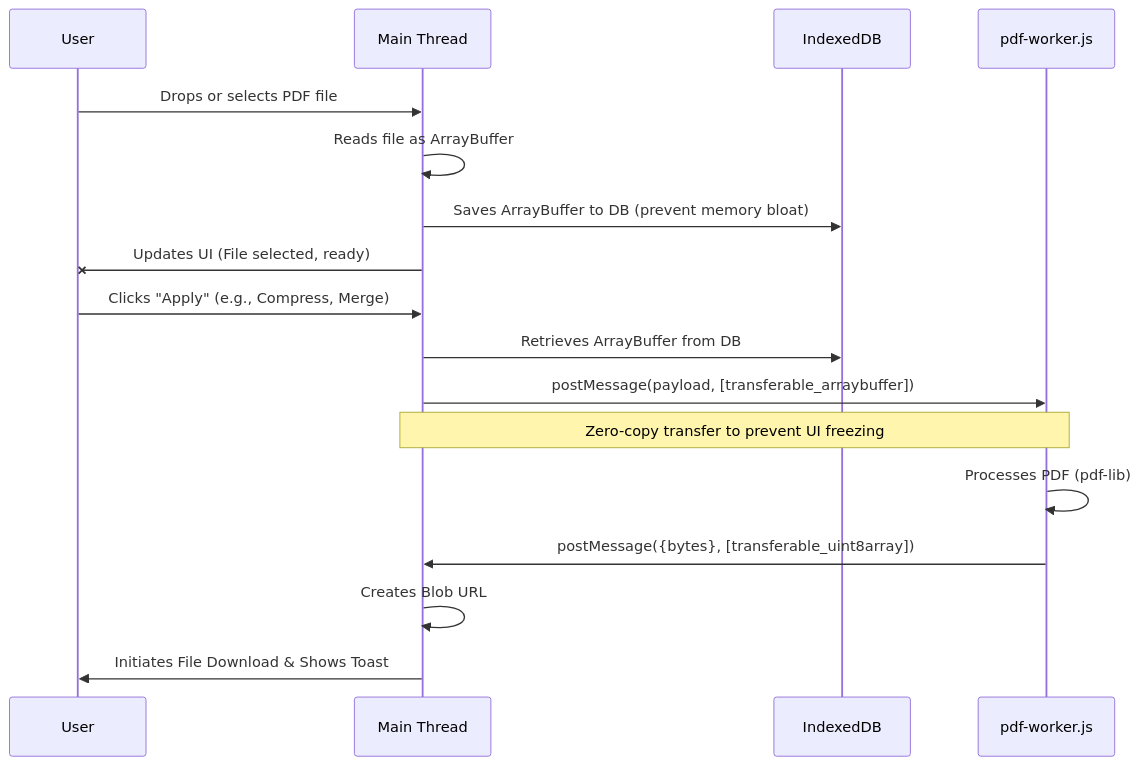
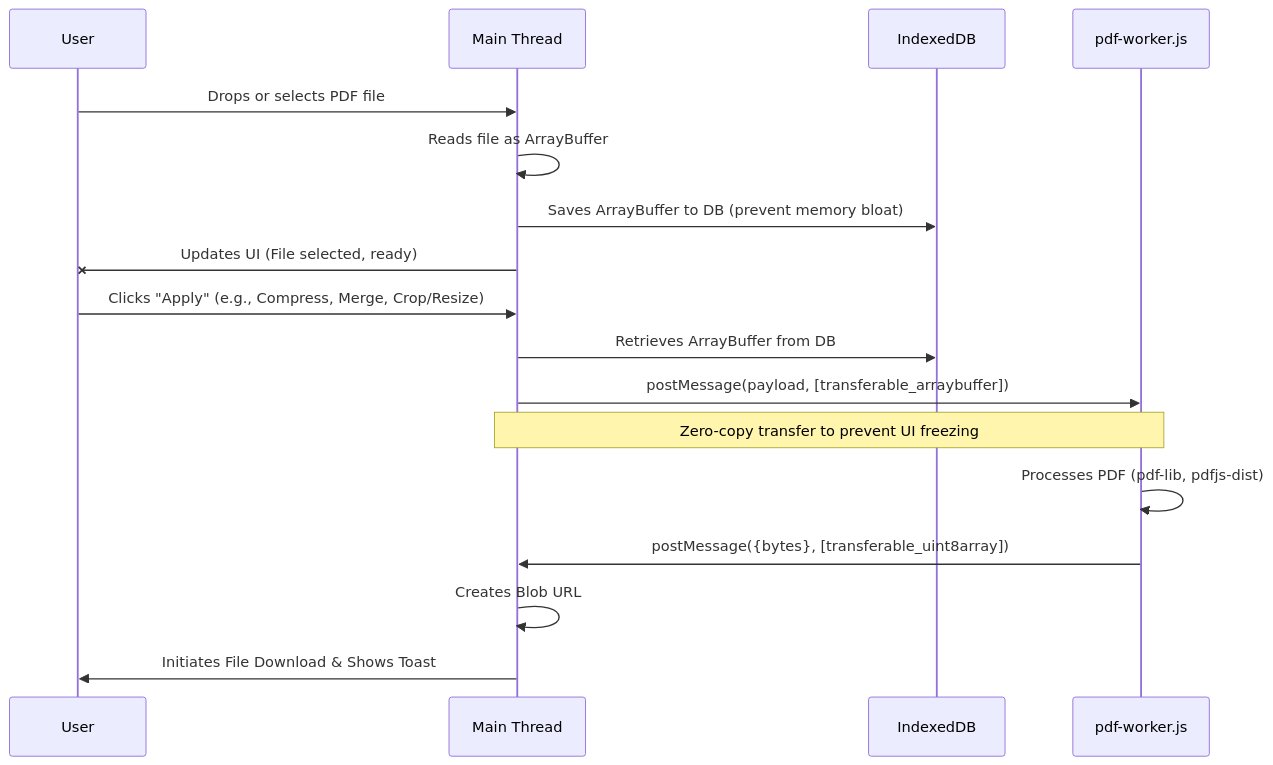
Before and after one commit to ignitefitness455-dotcom/PdfMinty: the diagram in ARCHITECTURE.md, drawn with Mermaid. The commit also changed other lines of this file and 47 other files, not shown here.

````diff
--- a/ARCHITECTURE.md
+++ b/ARCHITECTURE.md
@@ -9,21 +9,21 @@
 ```mermaid
 sequenceDiagram
     participant User
     participant Main as Main Thread
     participant DB as IndexedDB
     participant Worker as pdf-worker.js
 
     User->>Main: Drops or selects PDF file
     Main->>Main: Reads file as ArrayBuffer
     Main->>DB: Saves ArrayBuffer to DB (prevent memory bloat)
     Main-xUser: Updates UI (File selected, ready)
 
-    User->>Main: Clicks "Apply" (e.g., Compress, Merge)
+    User->>Main: Clicks "Apply" (e.g., Compress, Merge, Crop/Resize)
     Main->>DB: Retrieves ArrayBuffer from DB
     Main->>Worker: postMessage(payload, [transferable_arraybuffer])
     Note over Main,Worker: Zero-copy transfer to prevent UI freezing
-    Worker->>Worker: Processes PDF (pdf-lib)
+    Worker->>Worker: Processes PDF (pdf-lib, pdfjs-dist)
     Worker->>Main: postMessage({bytes}, [transferable_uint8array])
     Main->>Main: Creates Blob URL
     Main->>User: Initiates File Download & Shows Toast
 ```
````
